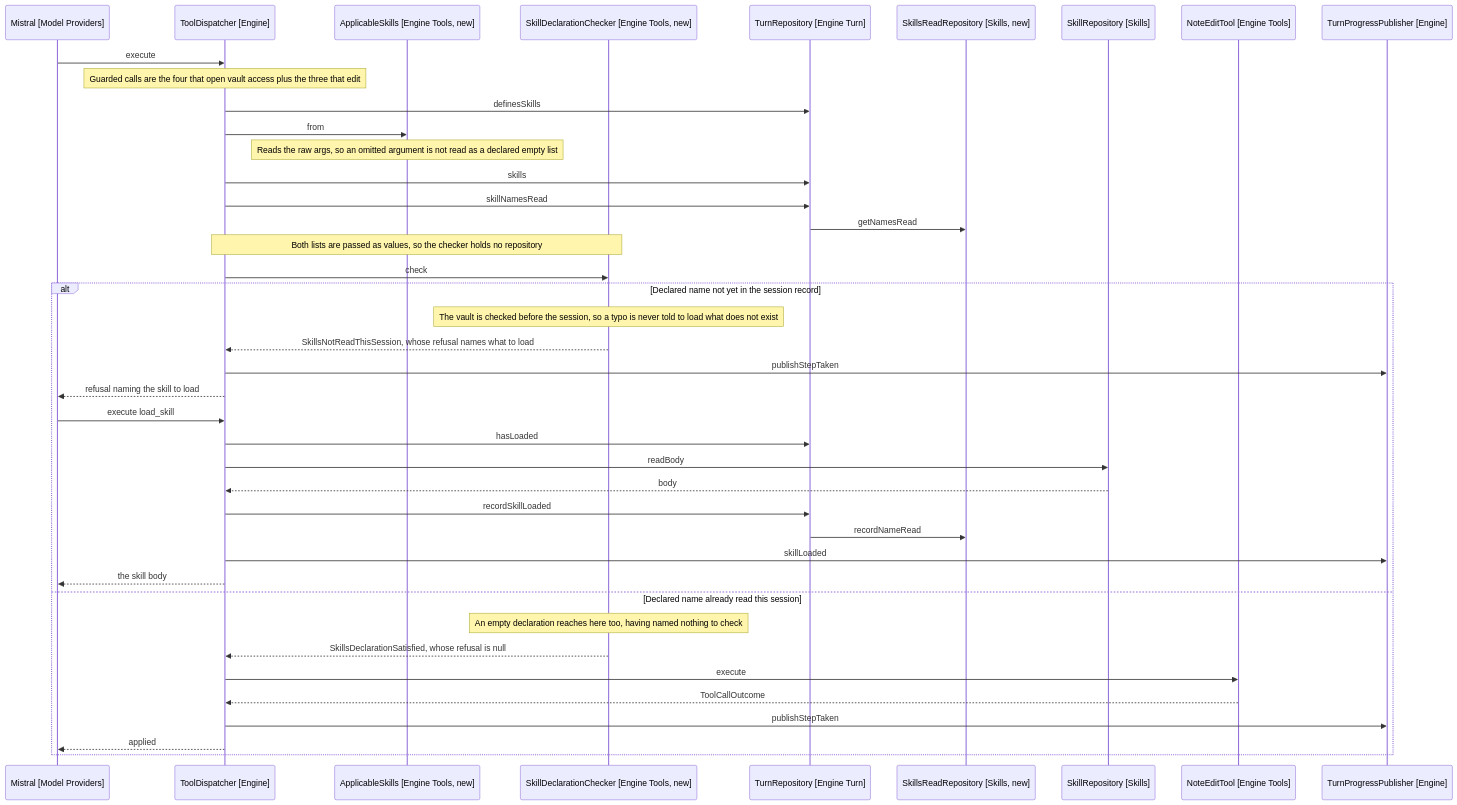
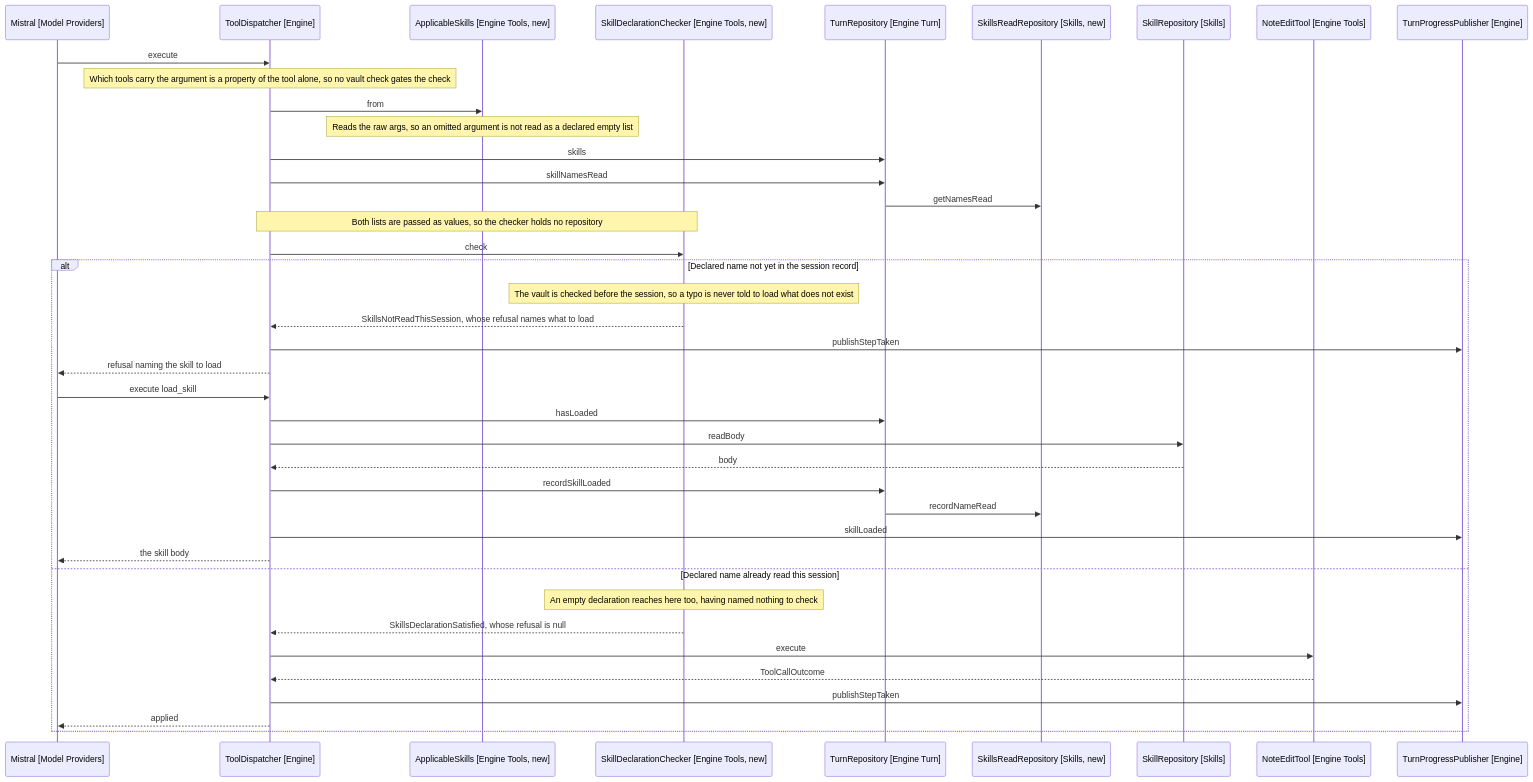
One commit to iparips/obsidian-owl changed the diagram in docs/spec/24-remembering-skills-read/3-design.md. Above: the diagram before and after it, drawn with Mermaid. The commit also changed other lines of this file and 3 other files, not shown here.

First line of the commit message:
Ask the checker whether the vault defines skills

````diff
--- a/docs/spec/24-remembering-skills-read/3-design.md
+++ b/docs/spec/24-remembering-skills-read/3-design.md
@@ -111,45 +113,44 @@
 ```mermaid
 sequenceDiagram
     participant Model as Mistral [Model Providers]
     participant Dispatcher as ToolDispatcher [Engine]
     participant Applicable as ApplicableSkills [Engine Tools, new]
     participant Checker as SkillDeclarationChecker [Engine Tools, new]
     participant Turn as TurnRepository [Engine Turn]
     participant SkillsRead as SkillsReadRepository [Skills, new]
     participant Skills as SkillRepository [Skills]
     participant Edit as NoteEditTool [Engine Tools]
     participant Panel as TurnProgressPublisher [Engine]
 
     Model->>Dispatcher: execute
-    Note over Dispatcher: Guarded calls are the four that open vault access plus the three that edit
-    Dispatcher->>Turn: definesSkills
+    Note over Dispatcher: Which tools carry the argument is a property of the tool alone, so no vault check gates the check
     Dispatcher->>Applicable: from
     Note over Applicable: Reads the raw args, so an omitted argument is not read as a declared empty list
     Dispatcher->>Turn: skills
     Dispatcher->>Turn: skillNamesRead
     Turn->>SkillsRead: getNamesRead
     Note over Dispatcher,Checker: Both lists are passed as values, so the checker holds no repository
     Dispatcher->>Checker: check
 
     alt Declared name not yet in the session record
         Note over Checker: The vault is checked before the session, so a typo is never told to load what does not exist
         Checker-->>Dispatcher: SkillsNotReadThisSession, whose refusal names what to load
         Dispatcher->>Panel: publishStepTaken
         Dispatcher-->>Model: refusal naming the skill to load
         Model->>Dispatcher: execute load_skill
         Dispatcher->>Turn: hasLoaded
         Dispatcher->>Skills: readBody
         Skills-->>Dispatcher: body
         Dispatcher->>Turn: recordSkillLoaded
         Turn->>SkillsRead: recordNameRead
         Dispatcher->>Panel: skillLoaded
         Dispatcher-->>Model: the skill body
     else Declared name already read this session
         Note over Checker: An empty declaration reaches here too, having named nothing to check
         Checker-->>Dispatcher: SkillsDeclarationSatisfied, whose refusal is null
         Dispatcher->>Edit: execute
         Edit-->>Dispatcher: ToolCallOutcome
         Dispatcher->>Panel: publishStepTaken
         Dispatcher-->>Model: applied
     end
 ```
````
